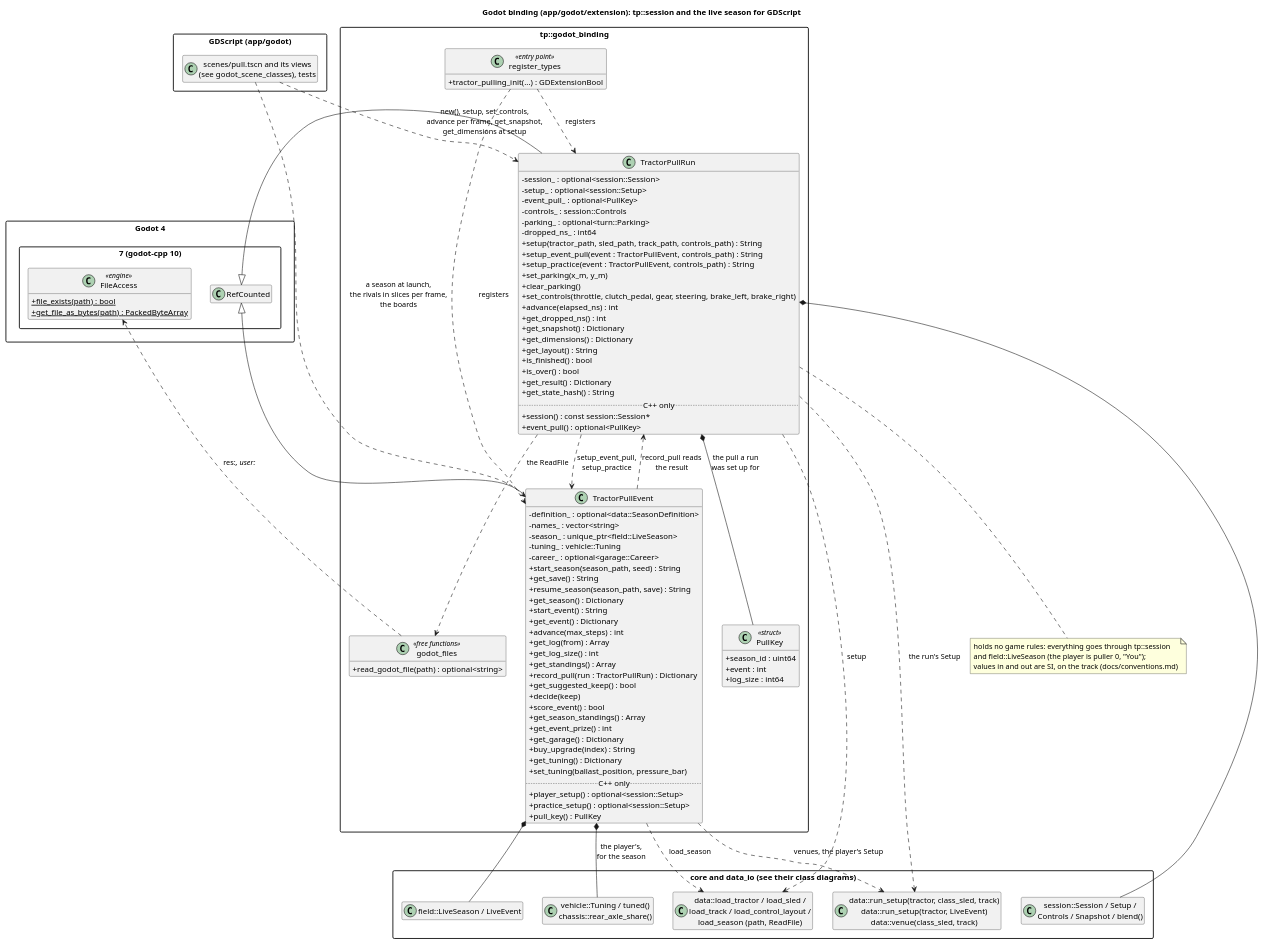
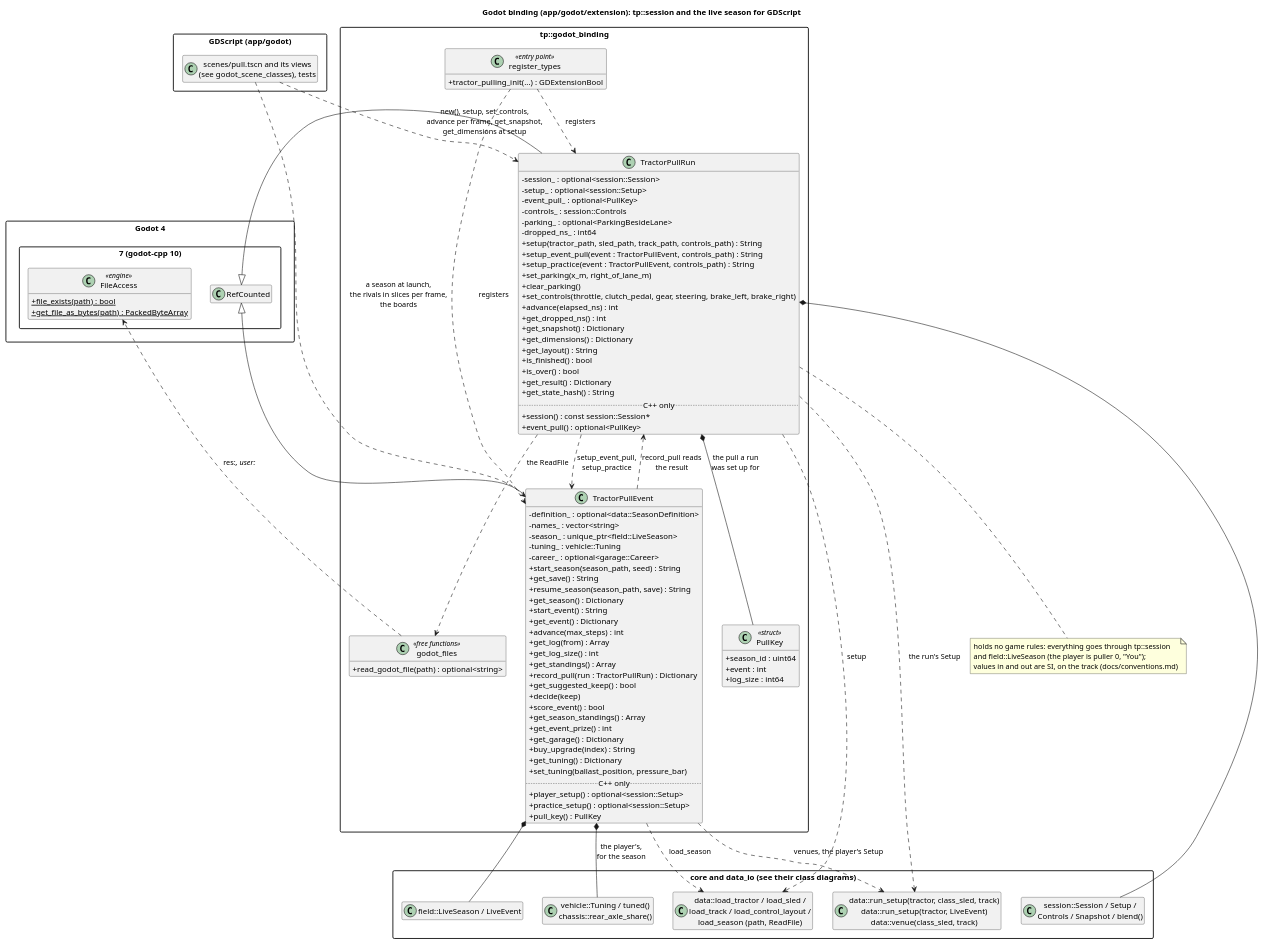
Before and after one commit to wversteeg/TractorPulling: the diagram in docs/diagrams/godot_classes.puml, drawn with PlantUML. The commit also changed 4 other files, not shown here.

First line of the commit message:
Binding: the parking beside the lane, whatever its width

```diff
--- a/docs/diagrams/godot_classes.puml
+++ b/docs/diagrams/godot_classes.puml
@@ -1,121 +1,121 @@
 @startuml godot_classes
 title Godot binding (app/godot/extension): tp::session and the live season for GDScript
 hide empty members
 skinparam packageStyle rectangle
 skinparam classAttributeIconSize 0
 
 package "Godot 4.7 (godot-cpp 10)" {
   class RefCounted
   class FileAccess <<engine>> {
     +{static} file_exists(path) : bool
     +{static} get_file_as_bytes(path) : PackedByteArray
   }
 }
 
 package "tp::godot_binding" {
   class TractorPullRun {
     -session_ : optional<session::Session>
     -setup_ : optional<session::Setup>
     -event_pull_ : optional<PullKey>
     -controls_ : session::Controls
-    -parking_ : optional<turn::Parking>
+    -parking_ : optional<ParkingBesideLane>
     -dropped_ns_ : int64
     +setup(tractor_path, sled_path, track_path, controls_path) : String
     +setup_event_pull(event : TractorPullEvent, controls_path) : String
     +setup_practice(event : TractorPullEvent, controls_path) : String
-    +set_parking(x_m, y_m)
+    +set_parking(x_m, right_of_lane_m)
     +clear_parking()
     +set_controls(throttle, clutch_pedal, gear, steering, brake_left, brake_right)
     +advance(elapsed_ns) : int
     +get_dropped_ns() : int
     +get_snapshot() : Dictionary
     +get_dimensions() : Dictionary
     +get_layout() : String
     +is_finished() : bool
     +is_over() : bool
     +get_result() : Dictionary
     +get_state_hash() : String
     ..C++ only..
     +session() : const session::Session*
     +event_pull() : optional<PullKey>
   }
   class TractorPullEvent {
     -definition_ : optional<data::SeasonDefinition>
     -names_ : vector<string>
     -season_ : unique_ptr<field::LiveSeason>
     -tuning_ : vehicle::Tuning
     -career_ : optional<garage::Career>
     +start_season(season_path, seed) : String
     +get_save() : String
     +resume_season(season_path, save) : String
     +get_season() : Dictionary
     +start_event() : String
     +get_event() : Dictionary
     +advance(max_steps) : int
     +get_log(from) : Array
     +get_log_size() : int
     +get_standings() : Array
     +record_pull(run : TractorPullRun) : Dictionary
     +get_suggested_keep() : bool
     +decide(keep)
     +score_event() : bool
     +get_season_standings() : Array
     +get_event_prize() : int
     +get_garage() : Dictionary
     +buy_upgrade(index) : String
     +get_tuning() : Dictionary
     +set_tuning(ballast_position, pressure_bar)
     ..C++ only..
     +player_setup() : optional<session::Setup>
     +practice_setup() : optional<session::Setup>
     +pull_key() : PullKey
   }
   class PullKey <<struct>> {
     +season_id : uint64
     +event : int
     +log_size : int64
   }
   TractorPullRun *-- PullKey : the pull a run\nwas set up for
   class "godot_files" as Files <<free functions>> {
     +read_godot_file(path) : optional<string>
   }
   class "register_types" as Register <<entry point>> {
     +tractor_pulling_init(...) : GDExtensionBool
   }
 }
 
 package "core and data_io (see their class diagrams)" {
   class "session::Session / Setup /\nControls / Snapshot / blend()" as Session
   class "data::load_tractor / load_sled /\nload_track / load_control_layout /\nload_season (path, ReadFile)" as Loaders
   class "data::run_setup(tractor, class_sled, track)\ndata::run_setup(tractor, LiveEvent)\ndata::venue(class_sled, track)" as RunSetup
   class "field::LiveSeason / LiveEvent" as Live
   class "vehicle::Tuning / tuned()\nchassis::rear_axle_share()" as Tuning
 }
 
 package "GDScript (app/godot)" {
   class "scenes/pull.tscn and its views\n(see godot_scene_classes), tests" as Scripts
 }
 
 RefCounted <|-- TractorPullRun
 RefCounted <|-- TractorPullEvent
 Register ..> TractorPullRun : registers
 Register ..> TractorPullEvent : registers
 TractorPullEvent *-- Live
 TractorPullEvent *-- Tuning : the player's,\nfor the season
 TractorPullEvent ..> Loaders : load_season
 TractorPullEvent ..> RunSetup : venues, the player's Setup
 TractorPullRun ..> TractorPullEvent : setup_event_pull,\nsetup_practice
 TractorPullEvent ..> TractorPullRun : record_pull reads\nthe result
 TractorPullRun *-- Session
 TractorPullRun ..> Loaders : setup
 TractorPullRun ..> RunSetup : the run's Setup
 TractorPullRun ..> Files : the ReadFile
 Files ..> FileAccess : res://, user://
 Scripts ..> TractorPullRun : new(), setup, set_controls,\nadvance per frame, get_snapshot,\nget_dimensions at setup
 Scripts ..> TractorPullEvent : a season at launch,\nthe rivals in slices per frame,\nthe boards
 note bottom of TractorPullRun
   holds no game rules: everything goes through tp::session
   and field::LiveSeason (the player is puller 0, "You");
   values in and out are SI, on the track (docs/conventions.md)
 end note
 @enduml
```
